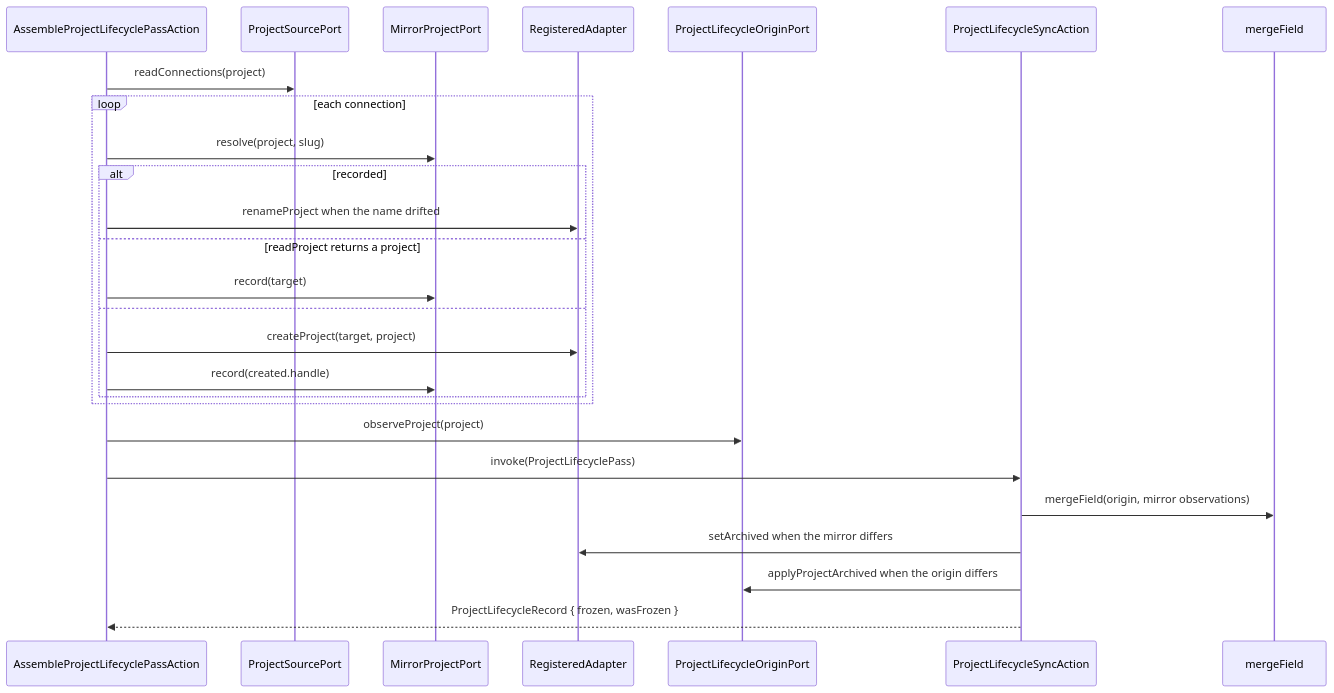
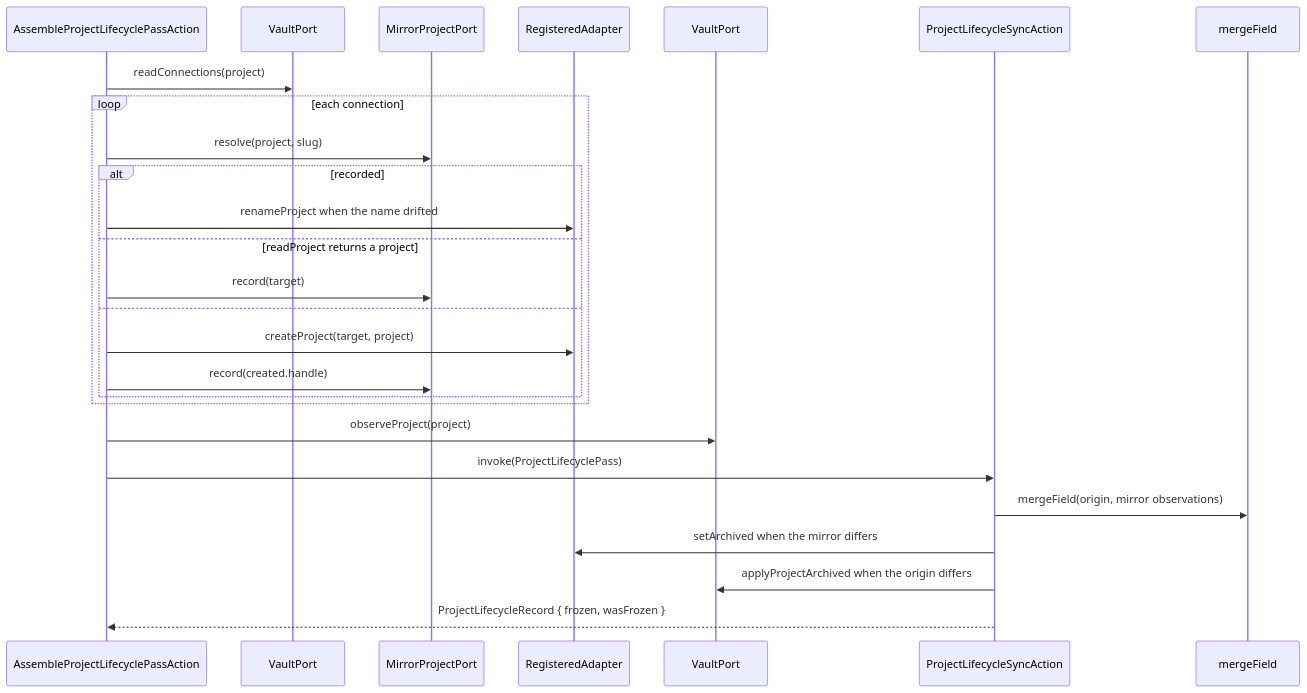
One commit to 99linesofcode/obsidian-project-management changed the seventh of 18 diagrams in docs/developer-manual.md. Above: the diagram before and after it, drawn with Mermaid. The commit also changed other lines of this file and 76 other files, not shown here.

First line of the commit message:
refactor(vault): collapse the vault ports into one VaultPort

````diff
--- a/docs/developer-manual.md
+++ b/docs/developer-manual.md
@@ -412,29 +412,29 @@
 ```mermaid
 sequenceDiagram
   participant A as AssembleProjectLifecyclePassAction
-  participant PS as ProjectSourcePort
+  participant PS as VaultPort
   participant MP as MirrorProjectPort
   participant R as RegisteredAdapter
-  participant O as ProjectLifecycleOriginPort
+  participant O as VaultPort
   participant LS as ProjectLifecycleSyncAction
   participant MF as mergeField
 
   A->>PS: readConnections(project)
   loop each connection
     A->>MP: resolve(project, slug)
     alt recorded
       A->>R: renameProject when the name drifted
     else readProject returns a project
       A->>MP: record(target)
     else
       A->>R: createProject(target, project)
       A->>MP: record(created.handle)
     end
   end
   A->>O: observeProject(project)
   A->>LS: invoke(ProjectLifecyclePass)
   LS->>MF: mergeField(origin, mirror observations)
   LS->>R: setArchived when the mirror differs
   LS->>O: applyProjectArchived when the origin differs
   LS-->>A: ProjectLifecycleRecord { frozen, wasFrozen }
 ```
````
